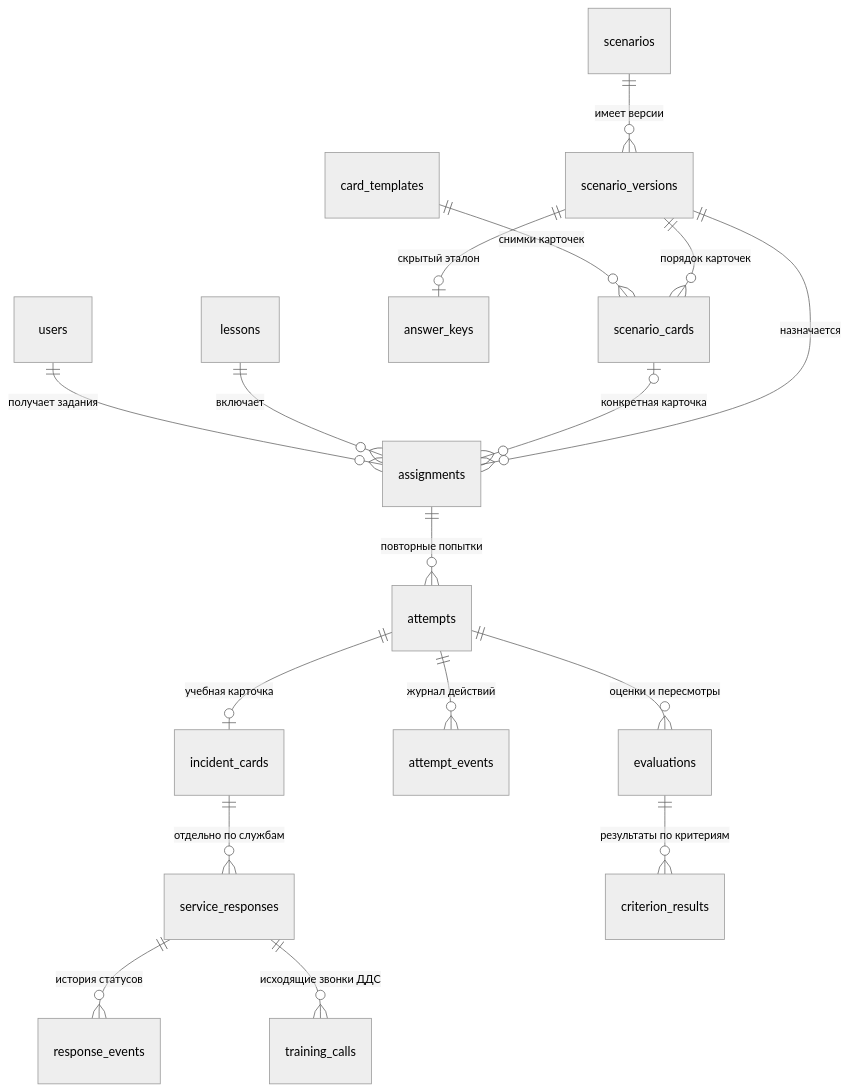
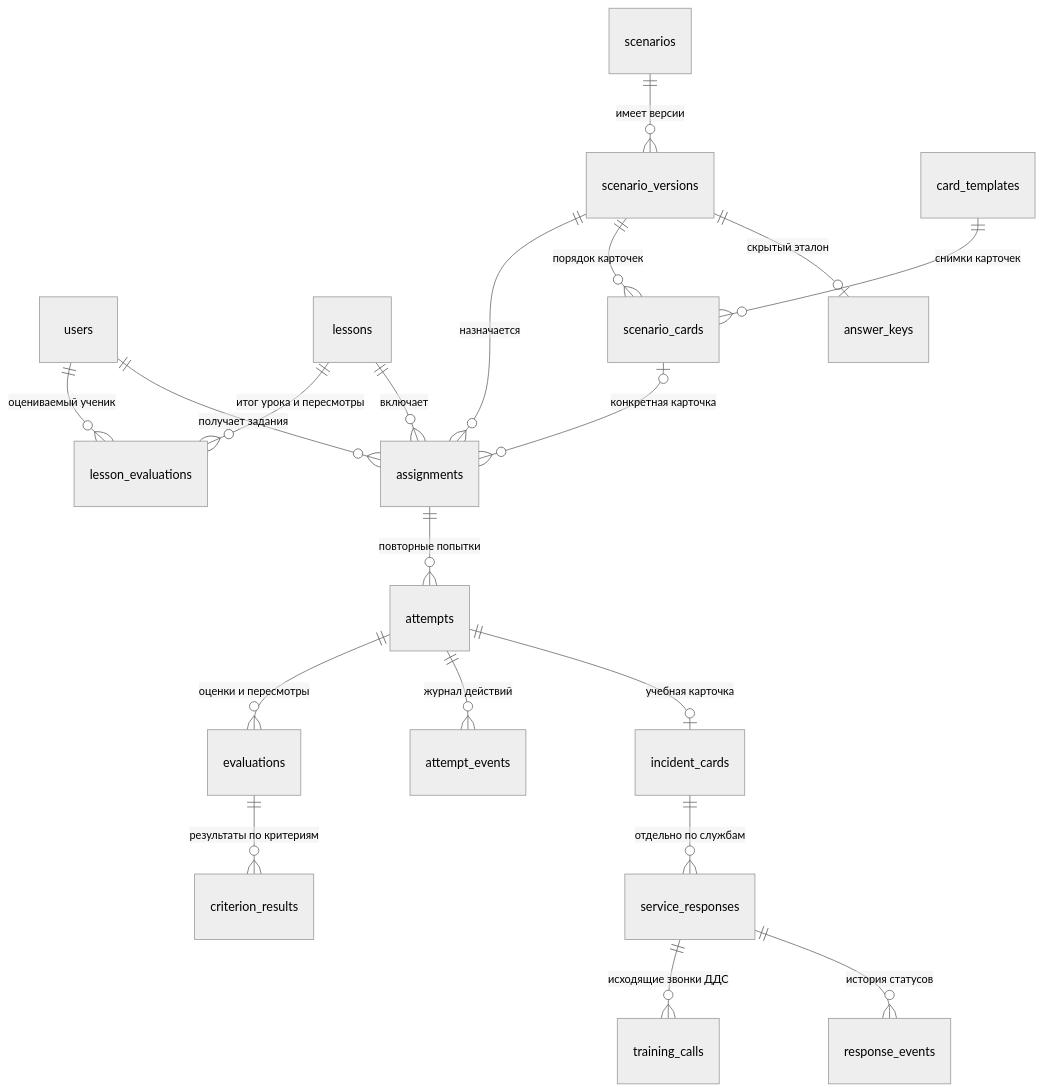
The first of 4 diagrams in 112-backend/docs/DATABASE_SCHEMA.md (LewFdtnkv/112-system), drawn with Mermaid (neutral theme) before and after one commit. The commit also changed other lines of this file and 13 other files, not shown here.

````diff
--- a/112-backend/docs/DATABASE_SCHEMA.md
+++ b/112-backend/docs/DATABASE_SCHEMA.md
@@ -25,19 +27,21 @@
 ```mermaid
 erDiagram
     users ||--o{ assignments : "получает задания"
     lessons ||--o{ assignments : "включает"
     scenarios ||--o{ scenario_versions : "имеет версии"
     scenario_versions ||--o| answer_keys : "скрытый эталон"
     card_templates ||--o{ scenario_cards : "снимки карточек"
     scenario_versions ||--o{ scenario_cards : "порядок карточек"
     scenario_cards o|--o{ assignments : "конкретная карточка"
     scenario_versions ||--o{ assignments : "назначается"
     assignments ||--o{ attempts : "повторные попытки"
     attempts ||--o| incident_cards : "учебная карточка"
     incident_cards ||--o{ service_responses : "отдельно по службам"
     service_responses ||--o{ response_events : "история статусов"
     service_responses ||--o{ training_calls : "исходящие звонки ДДС"
     attempts ||--o{ attempt_events : "журнал действий"
     attempts ||--o{ evaluations : "оценки и пересмотры"
+    lessons ||--o{ lesson_evaluations : "итог урока и пересмотры"
+    users ||--o{ lesson_evaluations : "оцениваемый ученик"
     evaluations ||--o{ criterion_results : "результаты по критериям"
 ```
````
